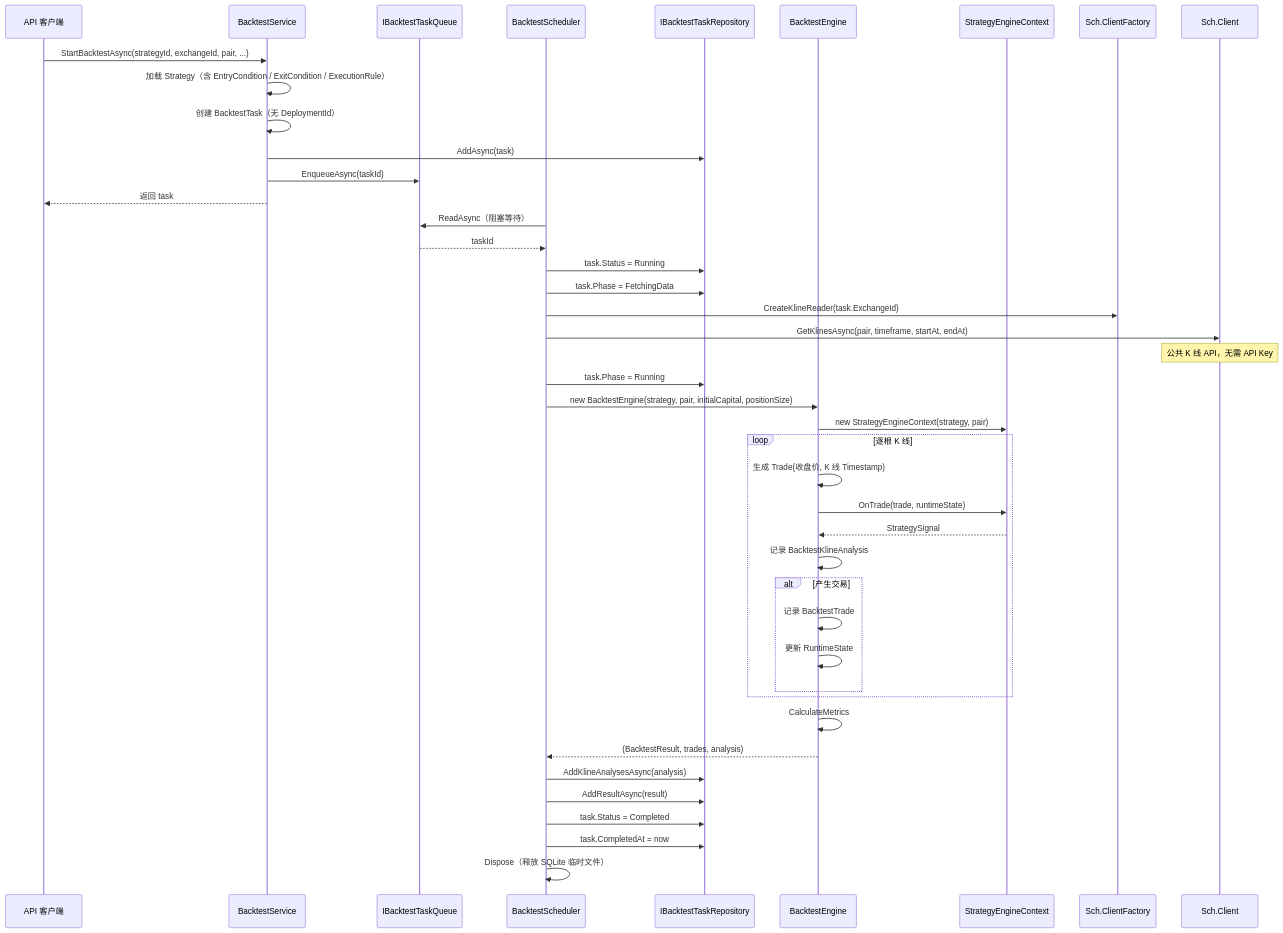
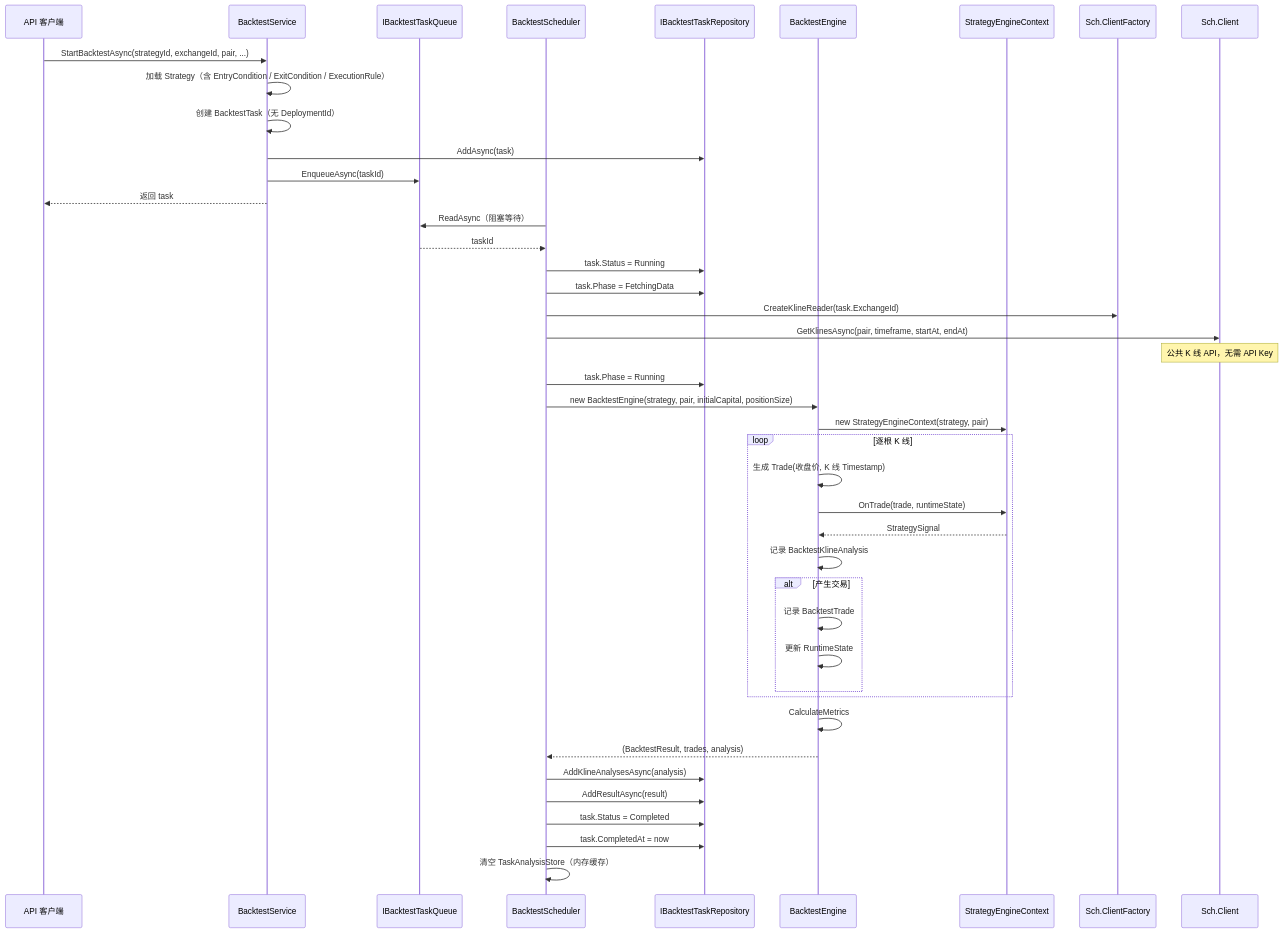
The fifth of 16 diagrams in docs/回测引擎工作流程.md (bambuo/TradeX), drawn with Mermaid before and after one commit. The commit also changed other lines of this file, not shown here.

````diff
--- a/docs/回测引擎工作流程.md
+++ b/docs/回测引擎工作流程.md
@@ -149,52 +149,52 @@
 ```mermaid
 sequenceDiagram
     participant Client as API 客户端
     participant BS as BacktestService
     participant Queue as IBacktestTaskQueue
     participant Sch as BacktestScheduler
     participant Repo as IBacktestTaskRepository
     participant Engine as BacktestEngine
     participant Ctx as StrategyEngineContext
 
     Client->>BS: StartBacktestAsync(strategyId, exchangeId, pair, ...)
     BS->>BS: 加载 Strategy（含 EntryCondition / ExitCondition / ExecutionRule）
     BS->>BS: 创建 BacktestTask（无 DeploymentId）
     BS->>Repo: AddAsync(task)
     BS->>Queue: EnqueueAsync(taskId)
     BS-->>Client: 返回 task
 
     Sch->>Queue: ReadAsync（阻塞等待）
     Queue-->>Sch: taskId
 
     Sch->>Repo: task.Status = Running
     Sch->>Repo: task.Phase = FetchingData
 
     Sch->>Sch.ClientFactory: CreateKlineReader(task.ExchangeId)
     Sch->>Sch.Client: GetKlinesAsync(pair, timeframe, startAt, endAt)
     Note over Sch.Client: 公共 K 线 API，无需 API Key
 
     Sch->>Repo: task.Phase = Running
 
     Sch->>Engine: new BacktestEngine(strategy, pair, initialCapital, positionSize)
     Engine->>Ctx: new StrategyEngineContext(strategy, pair)
 
     loop 逐根 K 线
         Engine->>Engine: 生成 Trade(收盘价, K 线 Timestamp)
         Engine->>Ctx: OnTrade(trade, runtimeState)
         Ctx-->>Engine: StrategySignal
         Engine->>Engine: 记录 BacktestKlineAnalysis
         alt 产生交易
             Engine->>Engine: 记录 BacktestTrade
             Engine->>Engine: 更新 RuntimeState
         end
     end
 
     Engine->>Engine: CalculateMetrics
     Engine-->>Sch: (BacktestResult, trades, analysis)
 
     Sch->>Repo: AddKlineAnalysesAsync(analysis)
     Sch->>Repo: AddResultAsync(result)
     Sch->>Repo: task.Status = Completed
     Sch->>Repo: task.CompletedAt = now
-    Sch->>Sch: Dispose（释放 SQLite 临时文件）
+    Sch->>Sch: 清空 TaskAnalysisStore（内存缓存）
 ```
````
